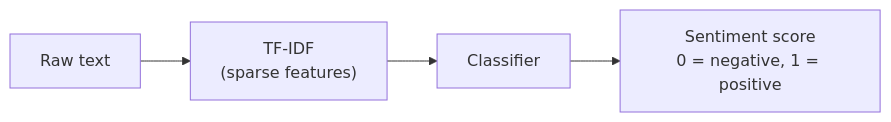
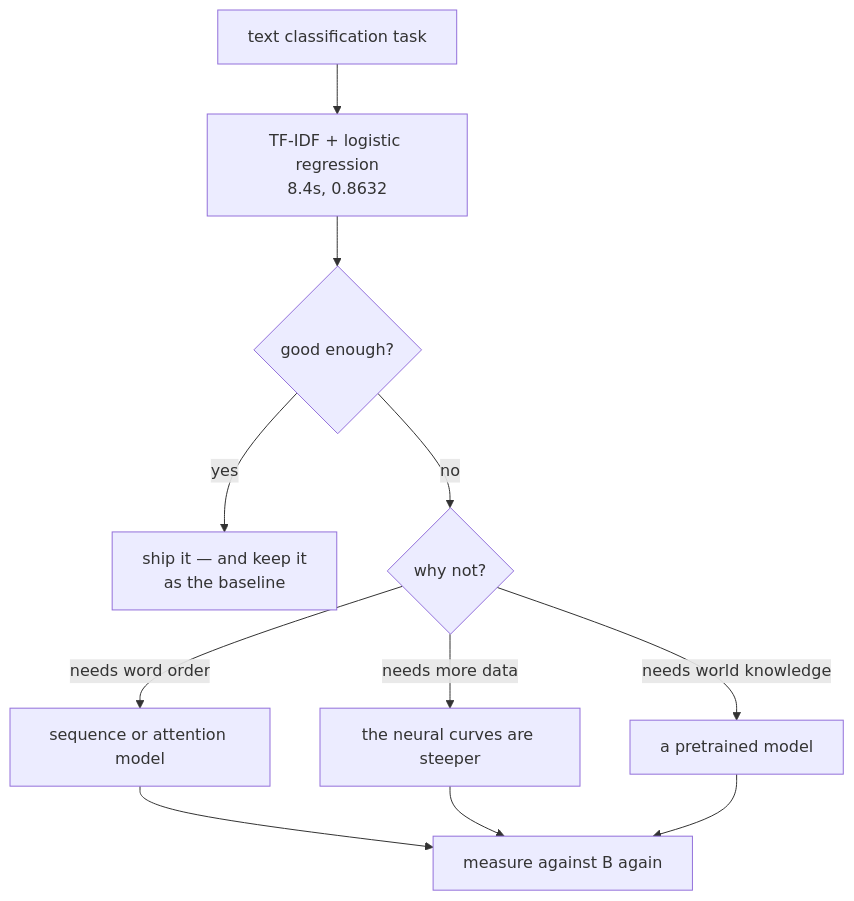
The diagram in src/content/docs/Deep Learning/Phase 05 - NLP & Transformers/Sentiment Analysis Tutorial.mdx (Ravikisha/PythonCentralHub), drawn with Mermaid before and after one commit. The commit also changed other lines of this file and 626 other files, not shown here.

````diff
--- a/src/content/docs/Deep Learning/Phase 05 - NLP & Transformers/Sentiment Analysis Tutorial.mdx
+++ b/src/content/docs/Deep Learning/Phase 05 - NLP & Transformers/Sentiment Analysis Tutorial.mdx
@@ -31,6 +116,13 @@
-```mermaid title="Sentiment analysis pipeline" desc="Raw text becomes numeric features, which a classifier turns into a positive/negative sentiment score."
-flowchart LR
-  T["Raw text"] --> V["TF-IDF<br/>(sparse features)"]
-  V --> C["Classifier"]
-  C --> S["Sentiment score<br/>0 = negative, 1 = positive"]
+```mermaid
+flowchart TB
+  A["text classification task"] --> B["TF-IDF + logistic regression<br/>8.4s, 0.8632"]
+  B --> C{"good enough?"}
+  C -->|"yes"| D["ship it — and keep it<br/>as the baseline"]
+  C -->|"no"| E{"why not?"}
+  E -->|"needs word order"| F["sequence or attention model"]
+  E -->|"needs more data"| G["the neural curves are steeper"]
+  E -->|"needs world knowledge"| H["a pretrained model"]
+  F --> I["measure against B again"]
+  G --> I
+  H --> I
 ```
````
